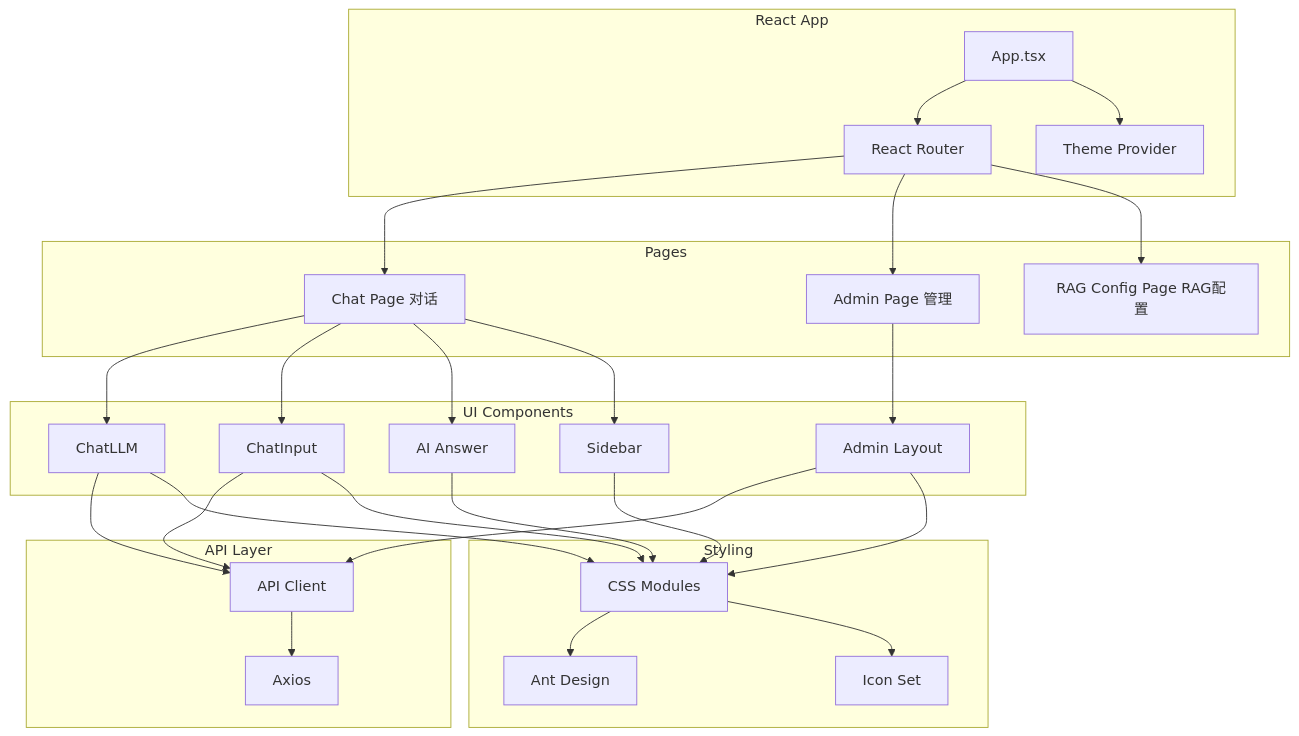
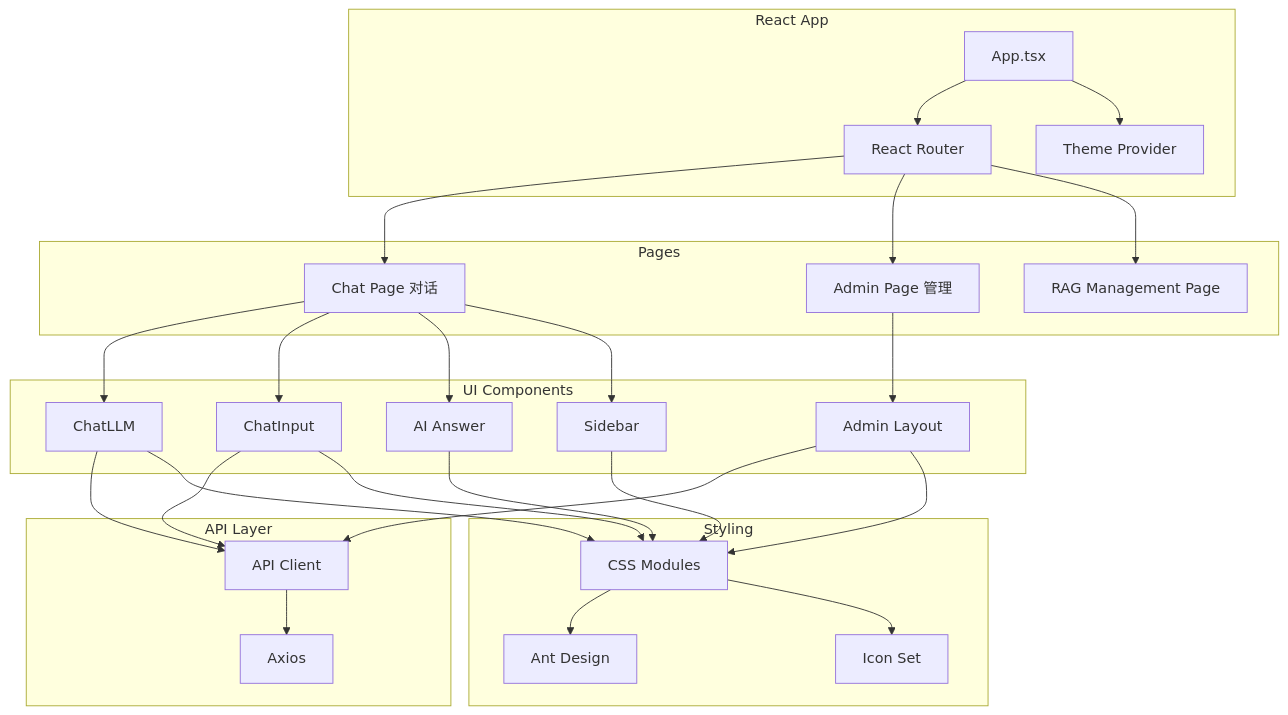
One commit to NEDONION/llm-mcp-rag-typescript changed the fourth of 6 diagrams in README.md. Above: the diagram before and after it, drawn with Mermaid. The commit also changed other lines of this file, not shown here.

Commit message:
doc: updated system graph

````diff
--- a/README.md
+++ b/README.md
@@ -175,55 +200,55 @@
 ```mermaid
 graph TB
     subgraph "React App"
         App[App.tsx]
         Router[React Router]
         Theme[Theme Provider]
     end
 
     subgraph "Pages"
         ChatPage[Chat Page 对话]
         AdminPage[Admin Page 管理]
-        RAGPage[RAG Config Page RAG配置]
+        RAGPage[RAG Management Page]
     end
 
     subgraph "UI Components"
         ChatLLM[ChatLLM]
         ChatInput[ChatInput]
         AIAnswer[AI Answer]
         Sidebar[Sidebar]
         AdminLayout[Admin Layout]
     end
 
     subgraph "API Layer"
         APIClient[API Client]
         Axios[Axios]
     end
 
     subgraph "Styling"
         CSS[CSS Modules]
         Antd[Ant Design]
         Icons[Icon Set]
     end
 
     App --> Router
     App --> Theme
     Router --> ChatPage
     Router --> AdminPage
     Router --> RAGPage
     ChatPage --> ChatLLM
     ChatPage --> ChatInput
     ChatPage --> AIAnswer
     ChatPage --> Sidebar
     AdminPage --> AdminLayout
     ChatLLM --> APIClient
     ChatInput --> APIClient
     AdminLayout --> APIClient
     APIClient --> Axios
     ChatLLM --> CSS
     ChatInput --> CSS
     AIAnswer --> CSS
     Sidebar --> CSS
     AdminLayout --> CSS
     CSS --> Antd
     CSS --> Icons
 ```
````
